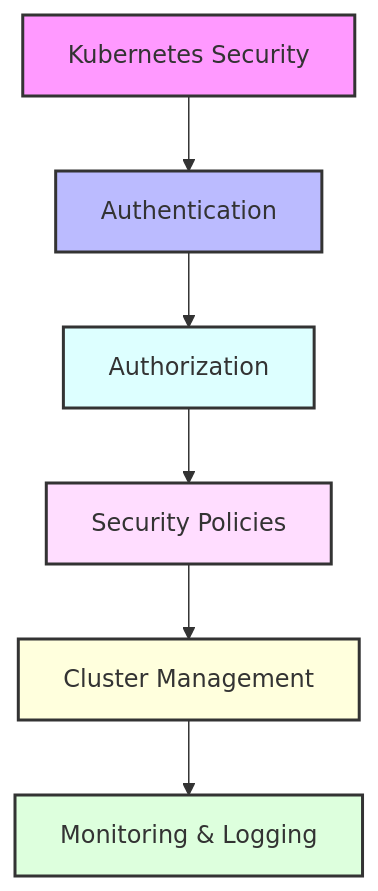
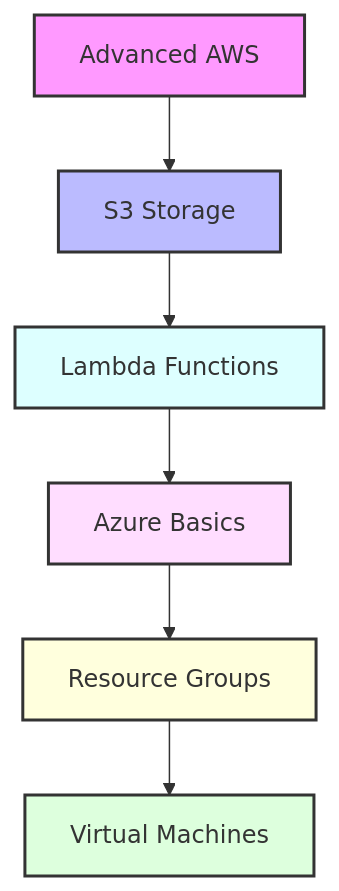
One commit to dbsectrainer/devOps_tools changed the diagram in days/day-06/README.md. Above: the diagram before and after it, drawn with Mermaid. The commit also changed other lines of this file and 35 other files, not shown here.

````diff
--- a/days/day-06/README.md
+++ b/days/day-06/README.md
@@ -6,15 +8,15 @@
 ```mermaid
 graph TD
-    A[Kubernetes Security] --> B[Authentication]
-    B --> C[Authorization]
-    C --> D[Security Policies]
-    D --> E[Cluster Management]
-    E --> F[Monitoring & Logging]
+    A[Advanced AWS] --> B[S3 Storage]
+    B --> C[Lambda Functions]
+    C --> D[Azure Basics]
+    D --> E[Resource Groups]
+    E --> F[Virtual Machines]
 
     style A fill:#f9f,stroke:#333,stroke-width:2px
     style B fill:#bbf,stroke:#333,stroke-width:2px
     style C fill:#dff,stroke:#333,stroke-width:2px
     style D fill:#fdf,stroke:#333,stroke-width:2px
     style E fill:#ffd,stroke:#333,stroke-width:2px
     style F fill:#dfd,stroke:#333,stroke-width:2px
 ```
````
